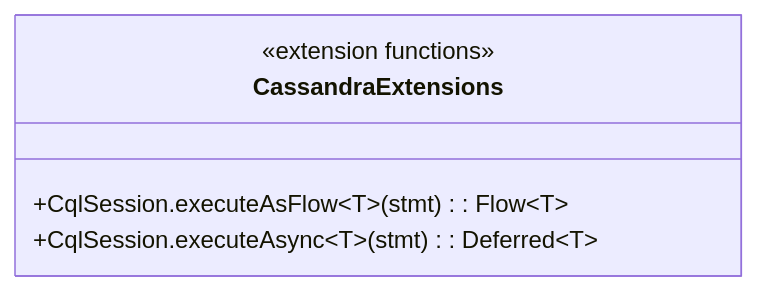
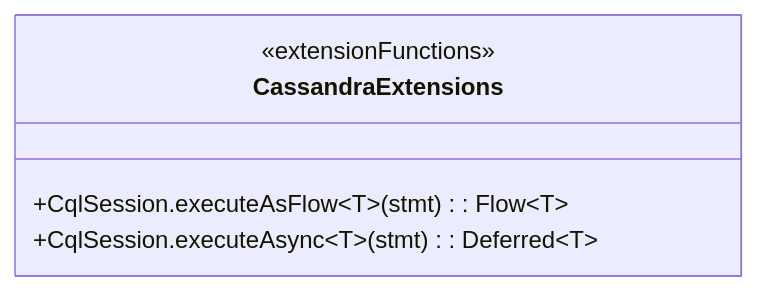
One commit to bluetape4k/bluetape4k-projects changed the first of 3 diagrams in data/cassandra/README.md. Above: the diagram before and after it, drawn with Mermaid. The commit also changed other lines of this file and 95 other files, not shown here.

First line of the commit message:
docs: Mermaid 파서 오류 전체 수정 (IntelliJ IDEA 호환)

````diff
--- a/data/cassandra/README.md
+++ b/data/cassandra/README.md
@@ -365,12 +365,10 @@
 ```mermaid
 classDiagram
     direction LR
     class CassandraExtensions {
-        <<extension functions>>
+        <<extensionFunctions>>
         +CqlSession.executeAsFlow~T~(stmt): Flow~T~
         +CqlSession.executeAsync~T~(stmt): Deferred~T~
     }
 
-    classDef serviceStyle fill:#4CAF50
-    class CassandraExtensions:::serviceStyle
 ```
````
